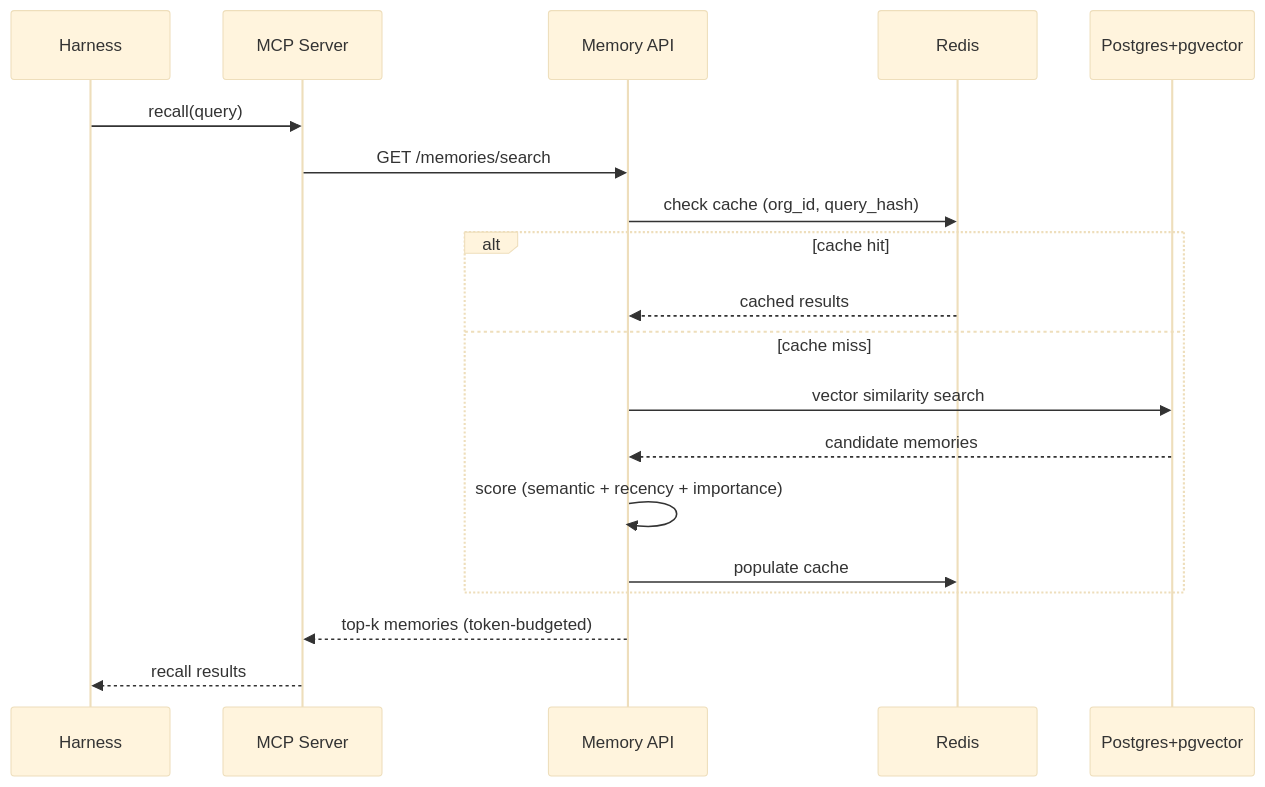
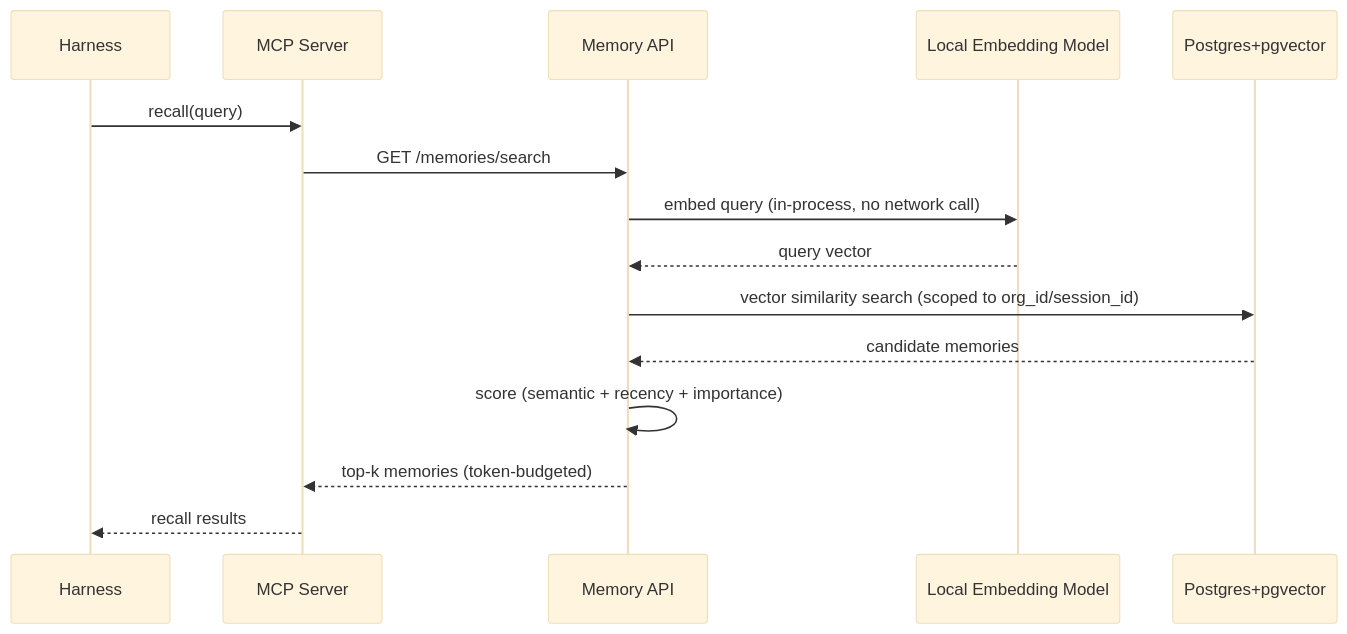
Before and after one commit to JayTheCoder77/memoria: the second of 3 diagrams in spec/04-workflow-dataflow.md, drawn with Mermaid (base theme). The commit also changed other lines of this file and 9 other files, not shown here.

````diff
--- a/spec/04-workflow-dataflow.md
+++ b/spec/04-workflow-dataflow.md
@@ -34,22 +36,18 @@
 ```mermaid
 sequenceDiagram
     participant Harness
     participant MCP as MCP Server
     participant API as Memory API
-    participant Cache as Redis
+    participant Embed as Local Embedding Model
     participant DB as Postgres+pgvector
 
     Harness->>MCP: recall(query)
     MCP->>API: GET /memories/search
-    API->>Cache: check cache (org_id, query_hash)
-    alt cache hit
-        Cache-->>API: cached results
-    else cache miss
-        API->>DB: vector similarity search
-        DB-->>API: candidate memories
-        API->>API: score (semantic + recency + importance)
-        API->>Cache: populate cache
-    end
+    API->>Embed: embed query (in-process, no network call)
+    Embed-->>API: query vector
+    API->>DB: vector similarity search (scoped to org_id/session_id)
+    DB-->>API: candidate memories
+    API->>API: score (semantic + recency + importance)
     API-->>MCP: top-k memories (token-budgeted)
     MCP-->>Harness: recall results
 ```
````
